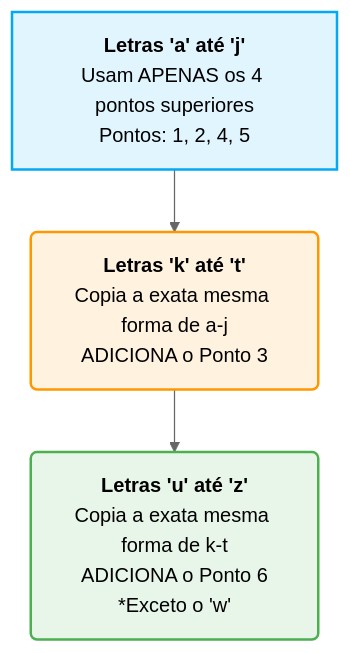
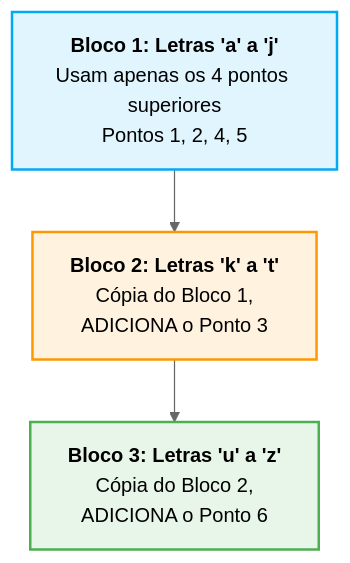
One commit to scovl/scovl.github.io changed the first of 2 diagrams in blog/content/post/histComp01.md. Above: the diagram before and after it, drawn with Mermaid (neutral theme). The commit also changed other lines of this file and 98 other files, not shown here.

````diff
--- a/blog/content/post/histComp01.md
+++ b/blog/content/post/histComp01.md
@@ -118,11 +162,9 @@
 ```mermaid
 graph TD
-    %% Estrutura Lógica do Alfabeto Braille
-    A[<b>Letras 'a' até 'j'</b><br>Usam APENAS os 4 pontos superiores<br>Pontos: 1, 2, 4, 5] --> B(<b>Letras 'k' até 't'</b><br>Copia a exata mesma forma de a-j<br>ADICIONA o Ponto 3)
-    B --> C(<b>Letras 'u' até 'z'</b><br>Copia a exata mesma forma de k-t<br>ADICIONA o Ponto 6<br>*Exceto o 'w')
-    
-    style A fill:#e1f5fe,stroke:#03a9f4,stroke-width:2px
-    style B fill:#fff3e0,stroke:#ff9800,stroke-width:2px
-    style C fill:#e8f5e9,stroke:#4caf50,stroke-width:2px
-
+  A[<b>Bloco 1: Letras 'a' a 'j'</b><br>Usam apenas os 4 pontos superiores<br>Pontos 1, 2, 4, 5] --> B[<b>Bloco 2: Letras 'k' a 't'</b><br>Cópia do Bloco 1,<br>ADICIONA o Ponto 3]
+  B --> C[<b>Bloco 3: Letras 'u' a 'z'</b><br>Cópia do Bloco 2,<br>ADICIONA o Ponto 6]
+  
+  style A fill:#e1f5fe,stroke:#03a9f4,stroke-width:2px
+  style B fill:#fff3e0,stroke:#ff9800,stroke-width:2px
+  style C fill:#e8f5e9,stroke:#4caf50,stroke-width:2px
 ```
````
